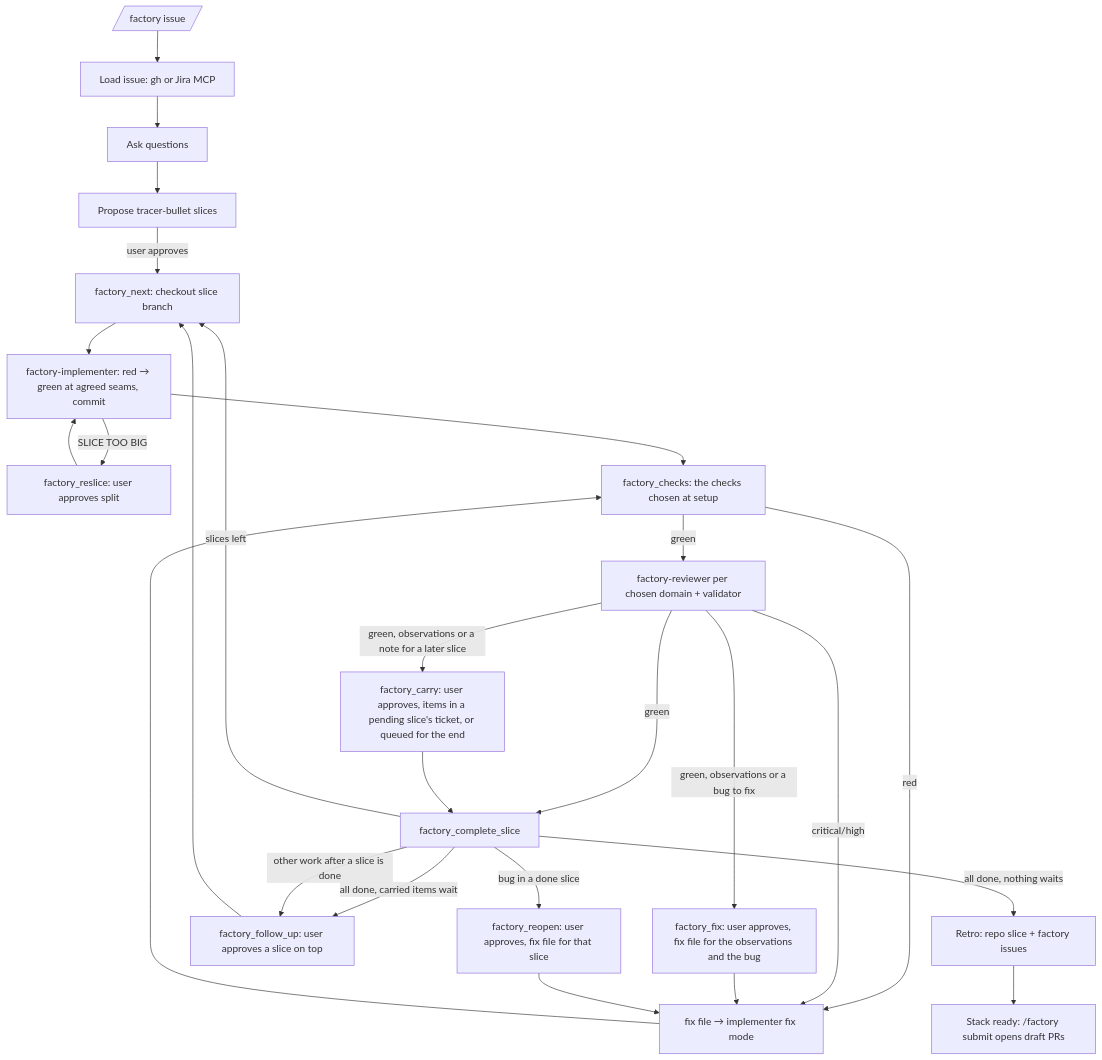
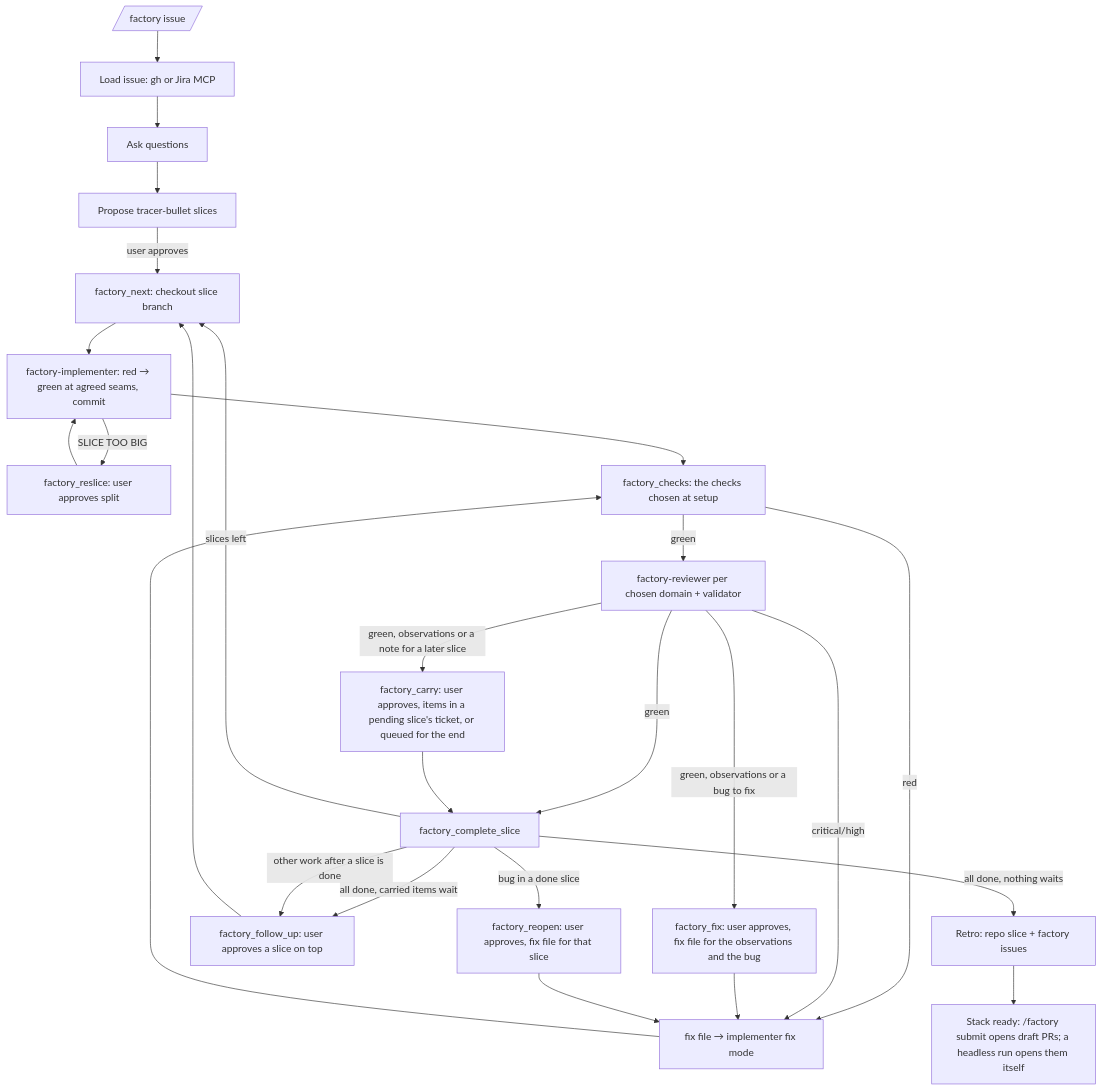
Before and after one commit to adrianbrowning/software-factory: the diagram in README.md, drawn with Mermaid. The commit also changed other lines of this file and 3 other files, not shown here.

Commit message:
07: fix r1 keep the fake gh and headless submit tests in submit.test.ts, README flow and gh-stack rows

````diff
--- a/README.md
+++ b/README.md
@@ -8,28 +8,28 @@
 ```mermaid
 flowchart TD
   A[/factory issue/] --> B[Load issue: gh or Jira MCP]
   B --> C[Ask questions]
   C --> D[Propose tracer-bullet slices]
   D -->|user approves| E[factory_next: checkout slice branch]
   E --> F[factory-implementer: red → green at agreed seams, commit]
   F -->|SLICE TOO BIG| R[factory_reslice: user approves split]
   R --> F
   F --> G[factory_checks: the checks chosen at setup]
   G -->|red| H[fix file → implementer fix mode]
   H --> G
   G -->|green| I[factory-reviewer per chosen domain + validator]
   I -->|critical/high| H
   I -->|green| J[factory_complete_slice]
   I -->|green, observations or a bug to fix| Q[factory_fix: user approves, fix file for the observations and the bug]
   Q --> H
   I -->|green, observations or a note for a later slice| T[factory_carry: user approves, items in a pending slice's ticket, or queued for the end]
   T --> J
   J -->|slices left| E
   J -->|all done, carried items wait| P
   J -->|all done, nothing waits| K[Retro: repo slice + factory issues]
   J -->|bug in a done slice| O[factory_reopen: user approves, fix file for that slice]
   O --> H
   J -->|other work after a slice is done| P[factory_follow_up: user approves a slice on top]
   P --> E
-  K --> L[Stack ready: /factory submit opens draft PRs]
+  K --> L[Stack ready: /factory submit opens draft PRs; a headless run opens them itself]
 ```
````
